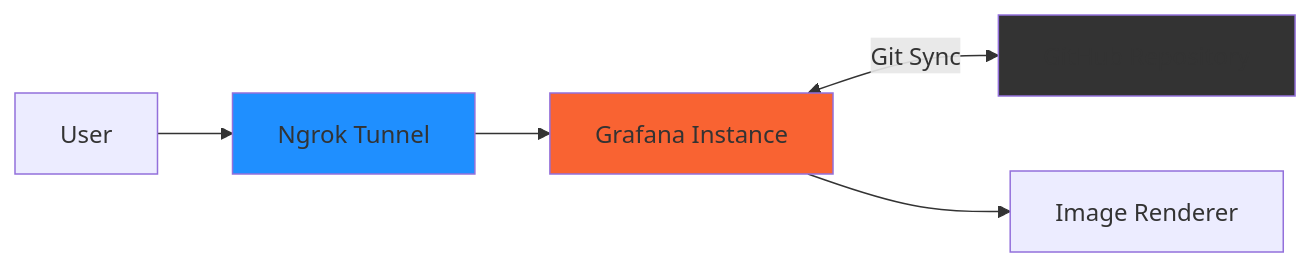
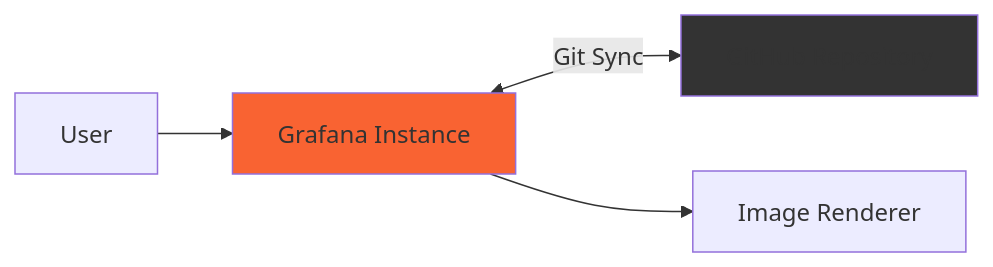
Before and after one commit to MissingRoberto/campfire-using-git-sync-demo: the diagram in scenario-1-default/README.md, drawn with Mermaid. The commit also changed other lines of this file and 10 other files, not shown here.

````diff
--- a/scenario-1-default/README.md
+++ b/scenario-1-default/README.md
@@ -7,11 +7,9 @@
 ```mermaid
 graph LR
-    User[User] --> Ngrok[Ngrok Tunnel]
-    Ngrok --> Grafana[Grafana Instance]
+    User[User] --> Grafana[Grafana Instance]
     Grafana <--> |Git Sync| GitHub[GitHub Repository]
     Grafana --> Renderer[Image Renderer]
 
     style Grafana fill:#f96332
     style GitHub fill:#333
-    style Ngrok fill:#1f8fff
 ```
````
